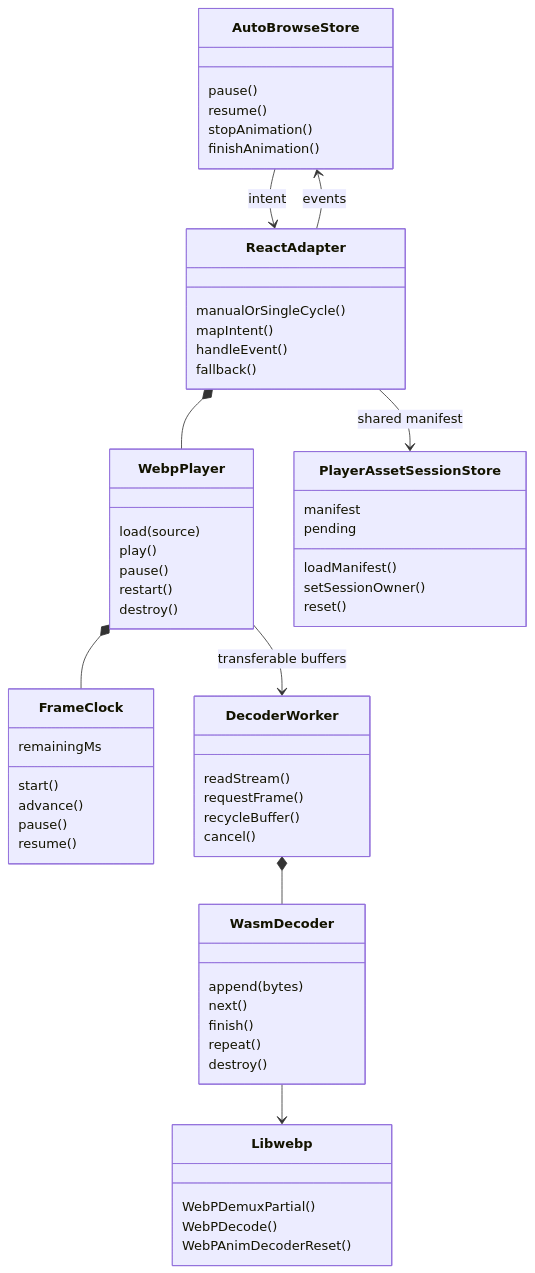
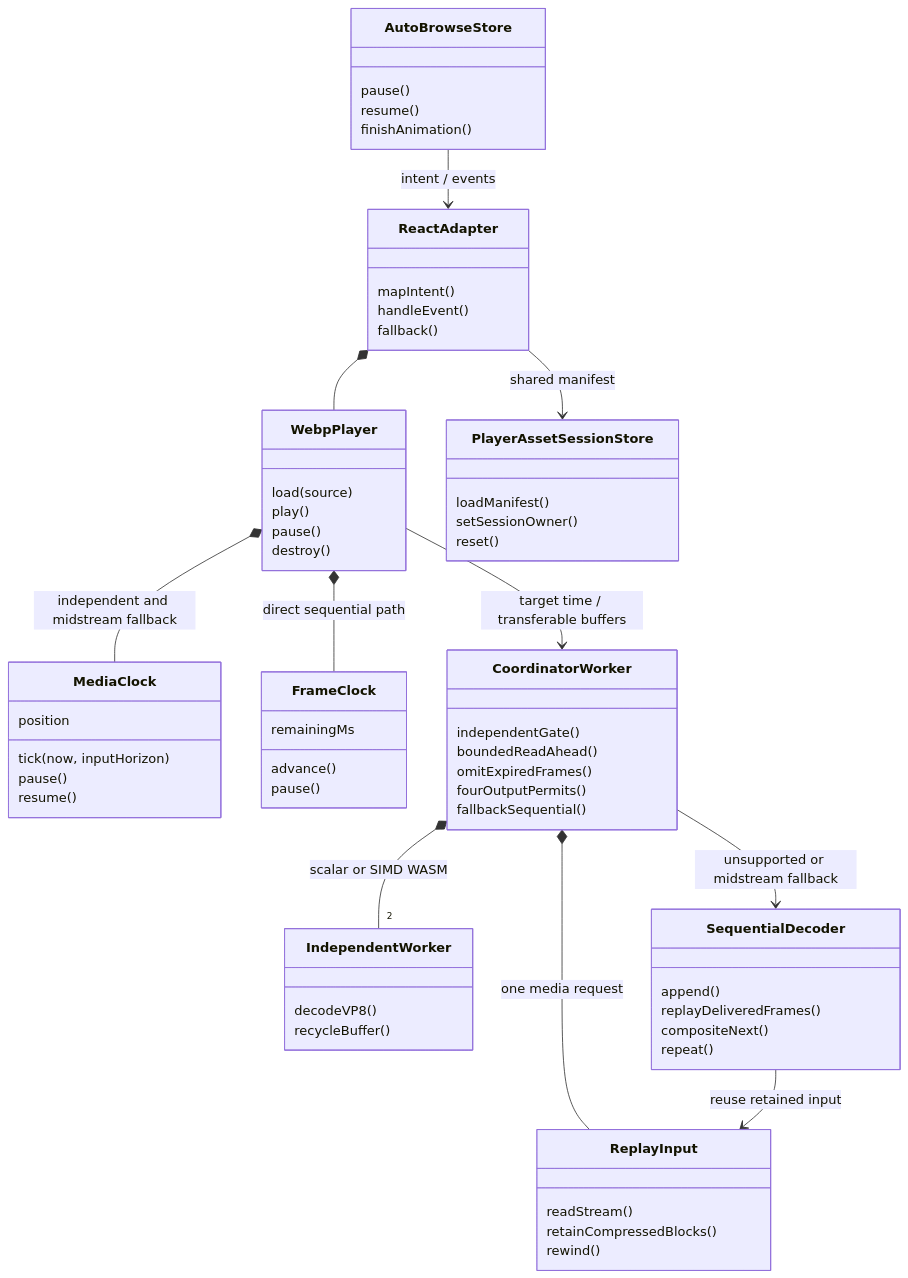
The diagram in docs/design/diagrams/webp-streaming-player/classes.mmd (namehu/PixiShelf), drawn with Mermaid before and after one commit. The commit also changed 16 other files, not shown here.

First line of the commit message:
feat(webp-player): 支持跳过容器未知块以扩大独立帧快速路径

```diff
--- a/docs/design/diagrams/webp-streaming-player/classes.mmd
+++ b/docs/design/diagrams/webp-streaming-player/classes.mmd
@@ -1,60 +1,65 @@
 classDiagram
     class AutoBrowseStore {
         pause()
         resume()
-        stopAnimation()
         finishAnimation()
     }
     class ReactAdapter {
-        manualOrSingleCycle()
         mapIntent()
         handleEvent()
         fallback()
     }
     class WebpPlayer {
         load(source)
         play()
         pause()
-        restart()
         destroy()
+    }
+    class MediaClock {
+        position
+        tick(now, inputHorizon)
+        pause()
+        resume()
     }
     class FrameClock {
         remainingMs
-        start()
         advance()
         pause()
-        resume()
     }
     class PlayerAssetSessionStore {
-        manifest
-        pending
         loadManifest()
         setSessionOwner()
         reset()
     }
-    class DecoderWorker {
+    class CoordinatorWorker {
+        independentGate()
+        boundedReadAhead()
+        omitExpiredFrames()
+        fourOutputPermits()
+        fallbackSequential()
+    }
+    class ReplayInput {
         readStream()
-        requestFrame()
+        retainCompressedBlocks()
+        rewind()
+    }
+    class IndependentWorker {
+        decodeVP8()
         recycleBuffer()
-        cancel()
     }
-    class WasmDecoder {
-        append(bytes)
-        next()
-        finish()
+    class SequentialDecoder {
+        append()
+        replayDeliveredFrames()
+        compositeNext()
         repeat()
-        destroy()
     }
-    class Libwebp {
-        WebPDemuxPartial()
-        WebPDecode()
-        WebPAnimDecoderReset()
-    }
-    AutoBrowseStore --> ReactAdapter : intent
-    ReactAdapter --> AutoBrowseStore : events
+    AutoBrowseStore --> ReactAdapter : intent / events
     ReactAdapter *-- WebpPlayer
     ReactAdapter --> PlayerAssetSessionStore : shared manifest
-    WebpPlayer *-- FrameClock
-    WebpPlayer --> DecoderWorker : transferable buffers
-    DecoderWorker *-- WasmDecoder
-    WasmDecoder --> Libwebp
+    WebpPlayer *-- MediaClock : independent and midstream fallback
+    WebpPlayer *-- FrameClock : direct sequential path
+    WebpPlayer --> CoordinatorWorker : target time / transferable buffers
+    CoordinatorWorker *-- ReplayInput : one media request
+    CoordinatorWorker *-- "2" IndependentWorker : scalar or SIMD WASM
+    CoordinatorWorker --> SequentialDecoder : unsupported or midstream fallback
+    SequentialDecoder --> ReplayInput : reuse retained input
```
